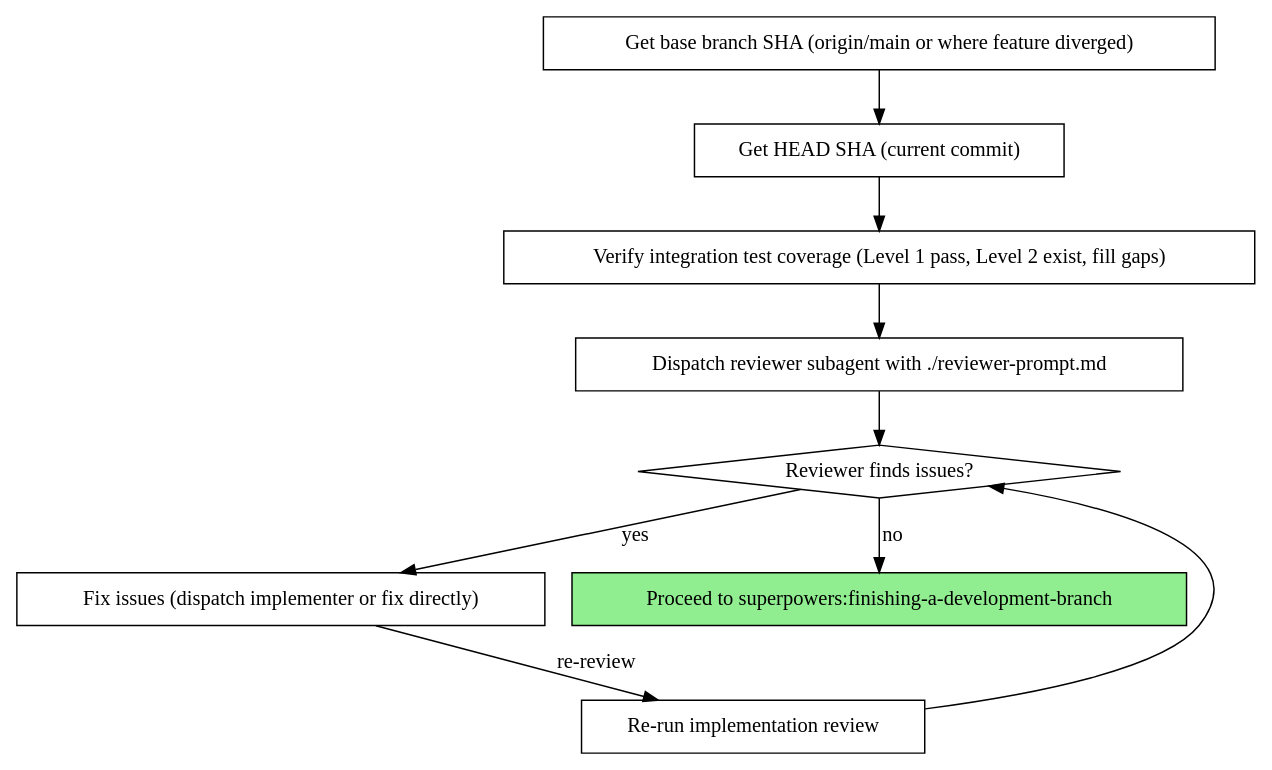
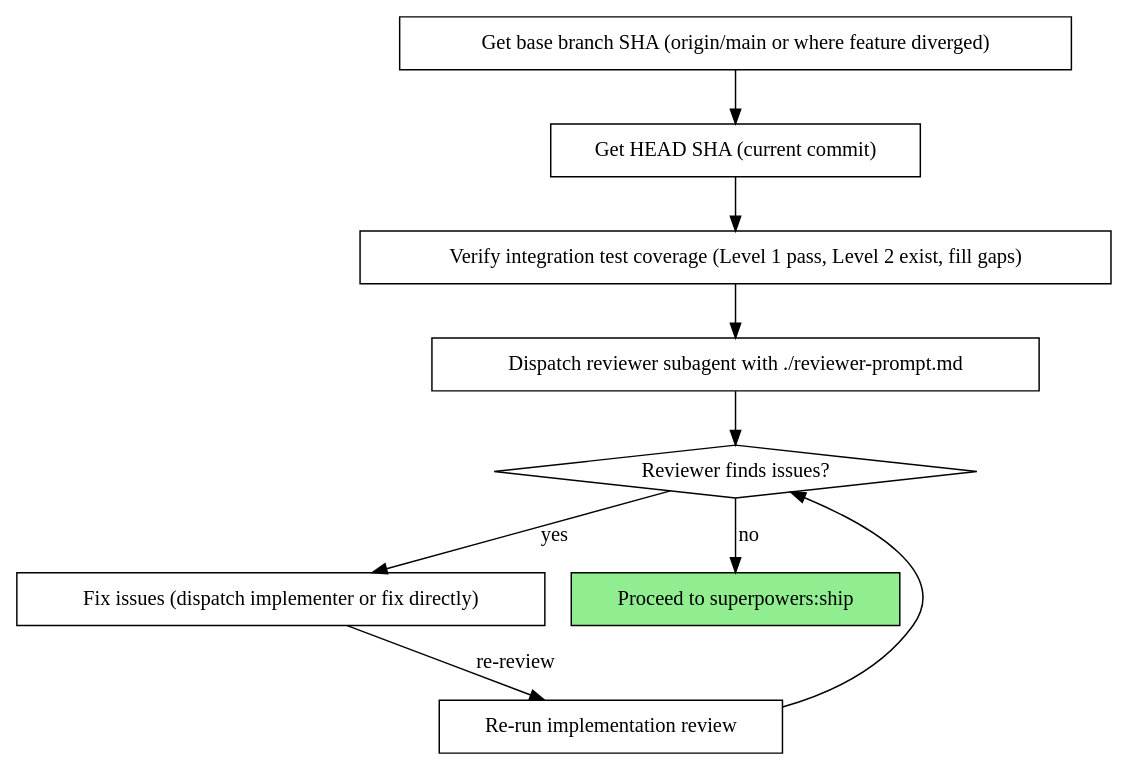
Before and after one commit to nikhilsitaram/claude-caliper: the diagram in skills/implementation-review/SKILL.md, drawn with Graphviz. The commit also changed other lines of this file and 7 other files, not shown here.

First line of the commit message:
feat(skills): add ship/merge-pr, retire finishing-a-development-branch (#25)

````diff
--- a/skills/implementation-review/SKILL.md
+++ b/skills/implementation-review/SKILL.md
@@ -22,22 +22,22 @@
 ```dot
 digraph process {
     rankdir=TB;
     "Get base branch SHA (origin/main or where feature diverged)" [shape=box];
     "Get HEAD SHA (current commit)" [shape=box];
     "Verify integration test coverage (Level 1 pass, Level 2 exist, fill gaps)" [shape=box];
     "Dispatch reviewer subagent with ./reviewer-prompt.md" [shape=box];
     "Reviewer finds issues?" [shape=diamond];
     "Fix issues (dispatch implementer or fix directly)" [shape=box];
     "Re-run implementation review" [shape=box];
-    "Proceed to superpowers:finishing-a-development-branch" [shape=box style=filled fillcolor=lightgreen];
+    "Proceed to superpowers:ship" [shape=box style=filled fillcolor=lightgreen];
 
     "Get base branch SHA (origin/main or where feature diverged)" -> "Get HEAD SHA (current commit)";
     "Get HEAD SHA (current commit)" -> "Verify integration test coverage (Level 1 pass, Level 2 exist, fill gaps)";
     "Verify integration test coverage (Level 1 pass, Level 2 exist, fill gaps)" -> "Dispatch reviewer subagent with ./reviewer-prompt.md";
     "Dispatch reviewer subagent with ./reviewer-prompt.md" -> "Reviewer finds issues?";
     "Reviewer finds issues?" -> "Fix issues (dispatch implementer or fix directly)" [label="yes"];
     "Fix issues (dispatch implementer or fix directly)" -> "Re-run implementation review" [label="re-review"];
     "Re-run implementation review" -> "Reviewer finds issues?";
-    "Reviewer finds issues?" -> "Proceed to superpowers:finishing-a-development-branch" [label="no"];
+    "Reviewer finds issues?" -> "Proceed to superpowers:ship" [label="no"];
 }
 ```
````
